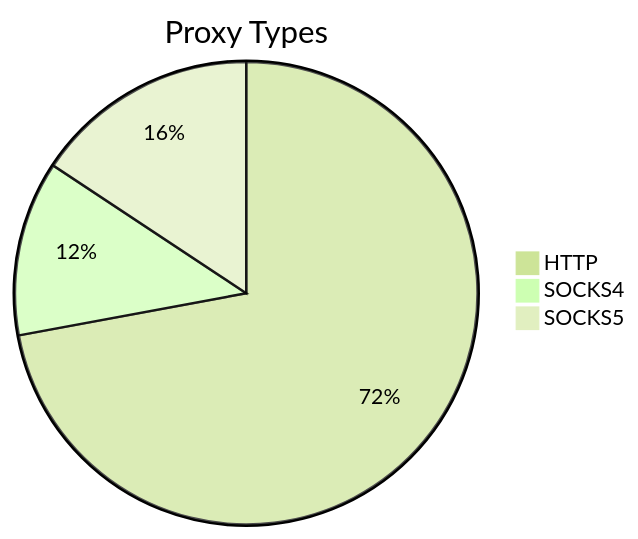
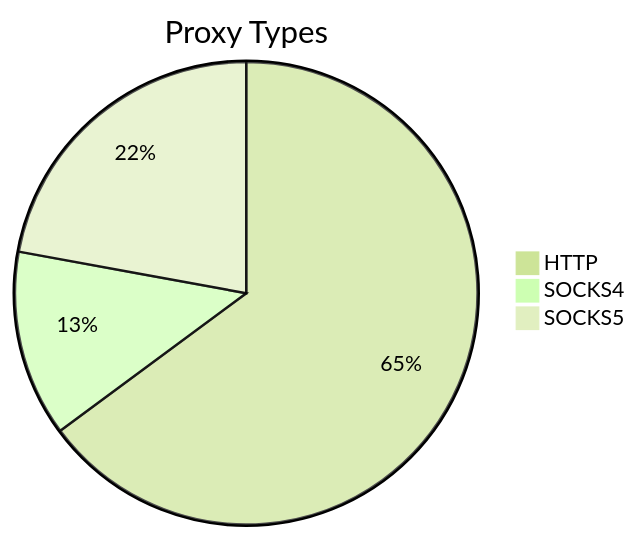
Before and after one commit to stormsia/proxy-list: the first of 2 diagrams in README.md, drawn with Mermaid (forest theme). The commit also changed other lines of this file, not shown here.

````diff
--- a/README.md
+++ b/README.md
@@ -21,6 +21,6 @@
 ```mermaid
 pie title Proxy Types
-    "HTTP" : 519
-    "SOCKS4" : 88
-    "SOCKS5" : 113
+    "HTTP" : 349
+    "SOCKS4" : 70
+    "SOCKS5" : 119
 ```
````
